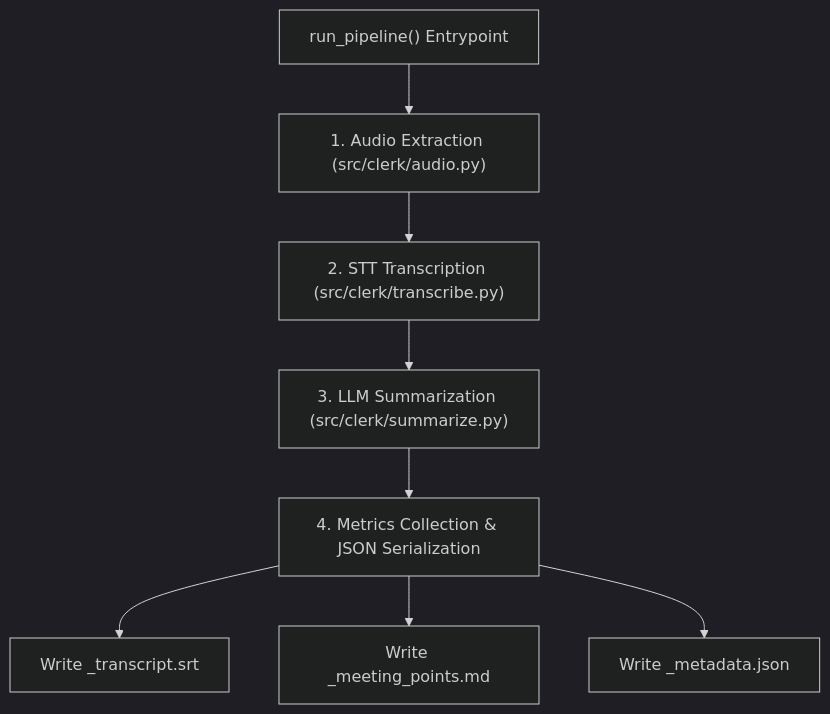
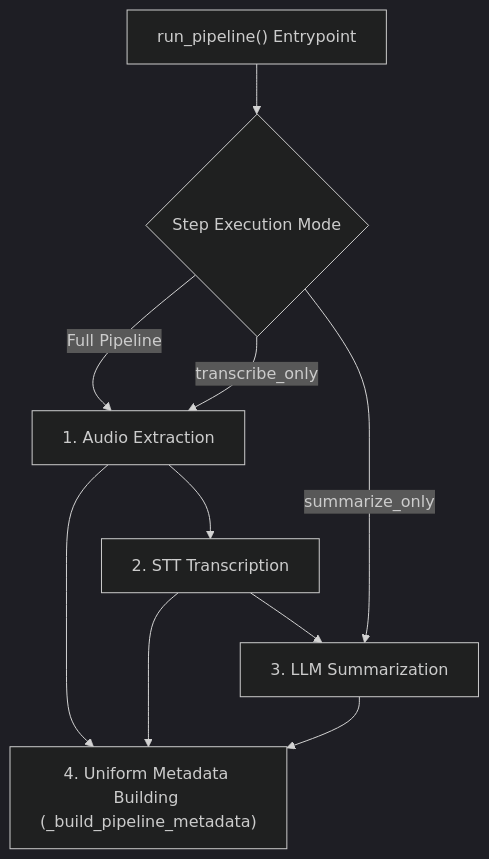
One commit to ArtroxGabriel/clerk changed the diagram in docs/modules/pipeline.md. Above: the diagram before and after it, drawn with Mermaid (dark theme). The commit also changed other lines of this file and 4 other files, not shown here.

````diff
--- a/docs/modules/pipeline.md
+++ b/docs/modules/pipeline.md
@@ -9,10 +9,10 @@
 ```mermaid
 graph TD
-    A["run_pipeline() Entrypoint"] --> B["1. Audio Extraction (src/clerk/audio.py)"]
-    B --> C["2. STT Transcription (src/clerk/transcribe.py)"]
-    C --> D["3. LLM Summarization (src/clerk/summarize.py)"]
-    D --> E["4. Metrics Collection & JSON Serialization"]
-    E --> F["Write <stem>_transcript.srt"]
-    E --> G["Write <stem>_meeting_points.md"]
-    E --> H["Write <stem>_metadata.json"]
+    A["run_pipeline() Entrypoint"] --> B{"Step Execution Mode"}
+    B -->|Full Pipeline| C["1. Audio Extraction"]
+    C --> D["2. STT Transcription"]
+    D --> E["3. LLM Summarization"]
+    B -->|transcribe_only| C
+    B -->|summarize_only| E
+    C & D & E --> F["4. Uniform Metadata Building (_build_pipeline_metadata)"]
 ```
````
